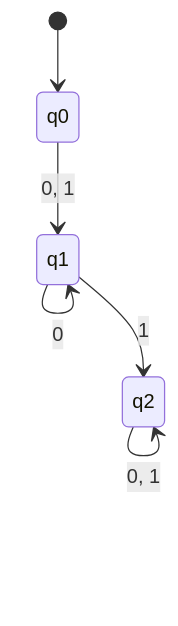
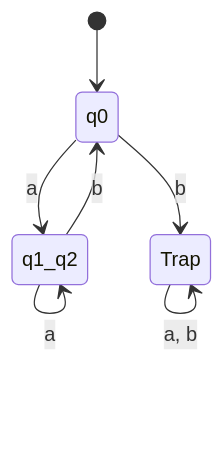
Before and after one commit to lelongc/rac: the second of 11 diagrams in iuh/môn/hk1-4/automat/5-6/toi_thieu_hoa_dfa.md, drawn with Mermaid. The commit also changed other lines of this file and 11 other files, not shown here.

````diff
--- a/iuh/môn/hk1-4/automat/5-6/toi_thieu_hoa_dfa.md
+++ b/iuh/môn/hk1-4/automat/5-6/toi_thieu_hoa_dfa.md
@@ -123,8 +186,9 @@
 ```mermaid
 stateDiagram-v2
     [*] --> q0
-    q0 --> q1: 0, 1
-    q1 --> q1: 0
-    q1 --> q2: 1
-    q2 --> q2: 0, 1
+    q0 --> q1_q2: a
+    q0 --> Trap: b
+    q1_q2 --> q1_q2: a
+    q1_q2 --> q0: b
+    Trap --> Trap: a, b
 ```
````
